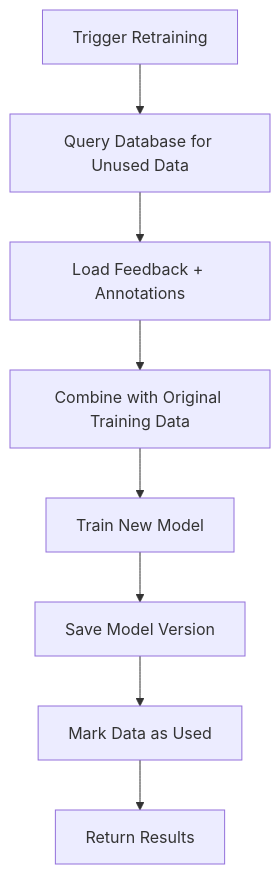
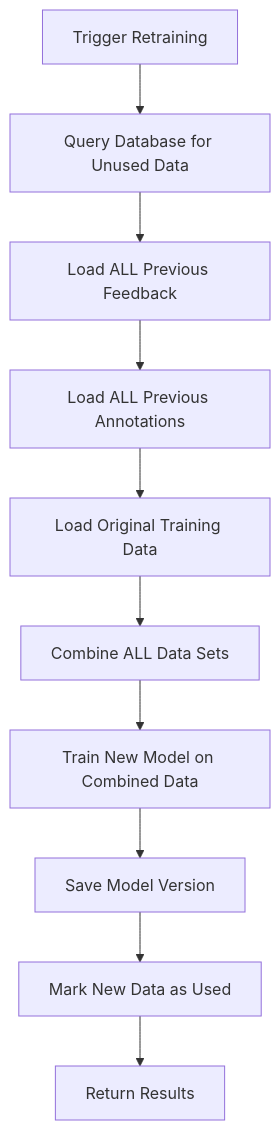
The second of 2 diagrams in docs/DATABASE_TRAINING_SYSTEM.md (dfirtnt/Huntable-CTI-Studio), drawn with Mermaid before and after one commit. The commit also changed other lines of this file and 5 other files, not shown here.

````diff
--- a/docs/DATABASE_TRAINING_SYSTEM.md
+++ b/docs/DATABASE_TRAINING_SYSTEM.md
@@ -145,10 +145,12 @@
 ```mermaid
 graph TD
     A[Trigger Retraining] --> B[Query Database for Unused Data]
-    B --> C[Load Feedback + Annotations]
-    C --> D[Combine with Original Training Data]
-    D --> E[Train New Model]
-    E --> F[Save Model Version]
-    F --> G[Mark Data as Used]
-    G --> H[Return Results]
+    B --> C[Load ALL Previous Feedback]
+    C --> D[Load ALL Previous Annotations]
+    D --> E[Load Original Training Data]
+    E --> F[Combine ALL Data Sets]
+    F --> G[Train New Model on Combined Data]
+    G --> H[Save Model Version]
+    H --> I[Mark New Data as Used]
+    I --> J[Return Results]
 ```
````
